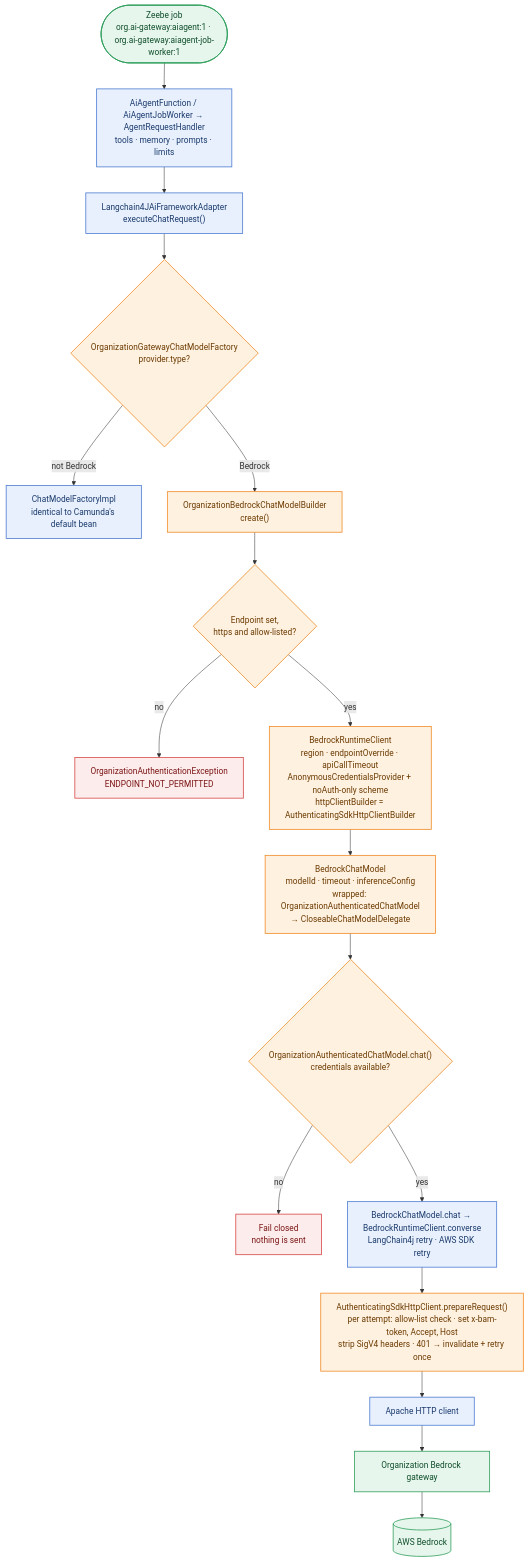
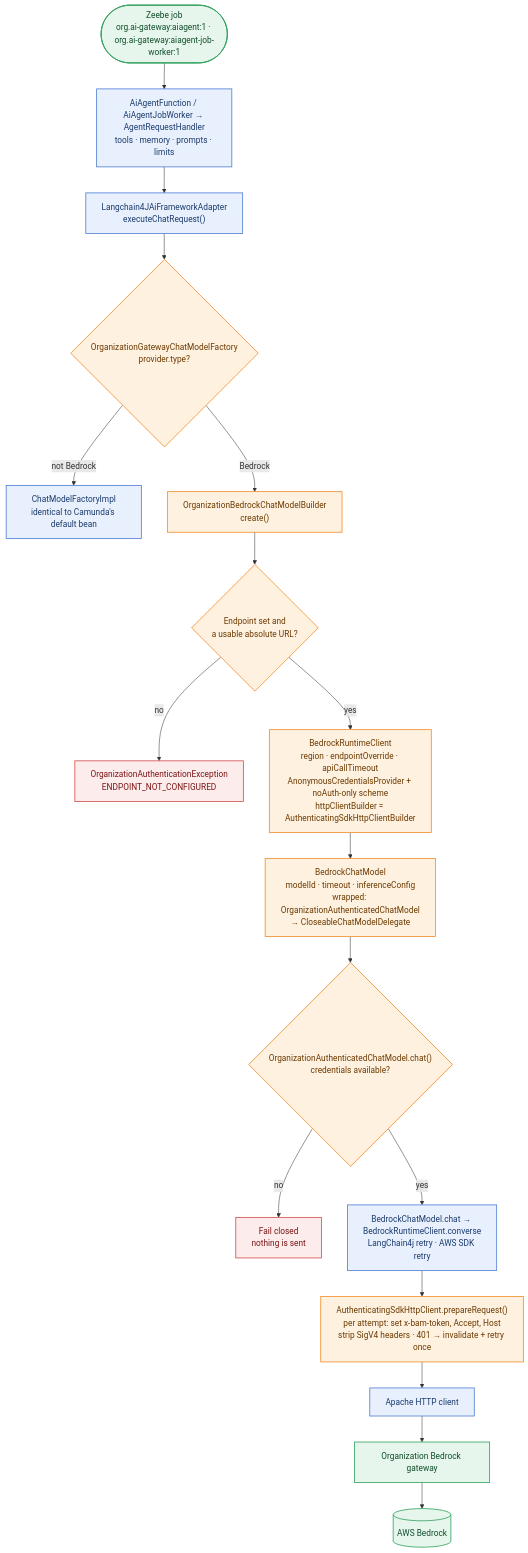
Before and after one commit to pranaykatariya/camunda-custom-bedrock-connector: the second of 5 diagrams in docs/ARCHITECTURE.md, drawn with Mermaid. The commit also changed other lines of this file and 25 other files, not shown here.

Commit message:
removed allowed list to pass any gateway endpoint

````diff
--- a/docs/ARCHITECTURE.md
+++ b/docs/ARCHITECTURE.md
@@ -90,37 +90,37 @@
 ```mermaid
 flowchart TD
     job(["Zeebe job<br/>org.ai-gateway:aiagent:1 · org.ai-gateway:aiagent-job-worker:1"])
     handler["AiAgentFunction / AiAgentJobWorker → AgentRequestHandler<br/>tools · memory · prompts · limits"]
     adapter["Langchain4JAiFrameworkAdapter<br/>executeChatRequest()"]
     router{"OrganizationGatewayChatModelFactory<br/>provider.type?"}
     std["ChatModelFactoryImpl<br/>identical to Camunda's default bean"]
     builder["OrganizationBedrockChatModelBuilder<br/>create()"]
-    endpoint{"Endpoint set,<br/>https and allow-listed?"}
-    rejected["OrganizationAuthenticationException<br/>ENDPOINT_NOT_PERMITTED"]
+    endpoint{"Endpoint set and<br/>a usable absolute URL?"}
+    rejected["OrganizationAuthenticationException<br/>ENDPOINT_NOT_CONFIGURED"]
     client["BedrockRuntimeClient<br/>region · endpointOverride · apiCallTimeout<br/>AnonymousCredentialsProvider + noAuth-only scheme<br/>httpClientBuilder = AuthenticatingSdkHttpClientBuilder"]
     model["BedrockChatModel<br/>modelId · timeout · inferenceConfig<br/>wrapped: OrganizationAuthenticatedChatModel<br/>→ CloseableChatModelDelegate"]
     chat{"OrganizationAuthenticatedChatModel.chat()<br/>credentials available?"}
     noCreds["Fail closed<br/>nothing is sent"]
     converse["BedrockChatModel.chat → BedrockRuntimeClient.converse<br/>LangChain4j retry · AWS SDK retry"]
-    attempt["AuthenticatingSdkHttpClient.prepareRequest()<br/>per attempt: allow-list check · set x-bam-token, Accept, Host<br/>strip SigV4 headers · 401 → invalidate + retry once"]
+    attempt["AuthenticatingSdkHttpClient.prepareRequest()<br/>per attempt: set x-bam-token, Accept, Host<br/>strip SigV4 headers · 401 → invalidate + retry once"]
     apache["Apache HTTP client"]
     gw["Organization Bedrock gateway"]
     bedrock[("AWS Bedrock")]
 
     job --> handler --> adapter --> router
     router -- "not Bedrock" --> std
     router -- "Bedrock" --> builder --> endpoint
     endpoint -- "no" --> rejected
     endpoint -- "yes" --> client --> model --> chat
     chat -- "no" --> noCreds
     chat -- "yes" --> converse --> attempt --> apache --> gw --> bedrock
 
     classDef cam fill:#E8F0FE,stroke:#4A7BD0,stroke-width:1.5px,color:#1A3A6B
     classDef ours fill:#FFF1E0,stroke:#F08A24,stroke-width:1.5px,color:#6B3A00
     classDef ext fill:#E6F6EC,stroke:#2E9E5B,stroke-width:1.5px,color:#0F4D2A
     classDef bad fill:#FDECEC,stroke:#D64545,stroke-width:1.5px,color:#7A1414
     class handler,adapter,std,converse,apache cam
     class router,builder,endpoint,client,model,chat,attempt ours
     class job,gw,bedrock ext
     class rejected,noCreds bad
 ```
````
